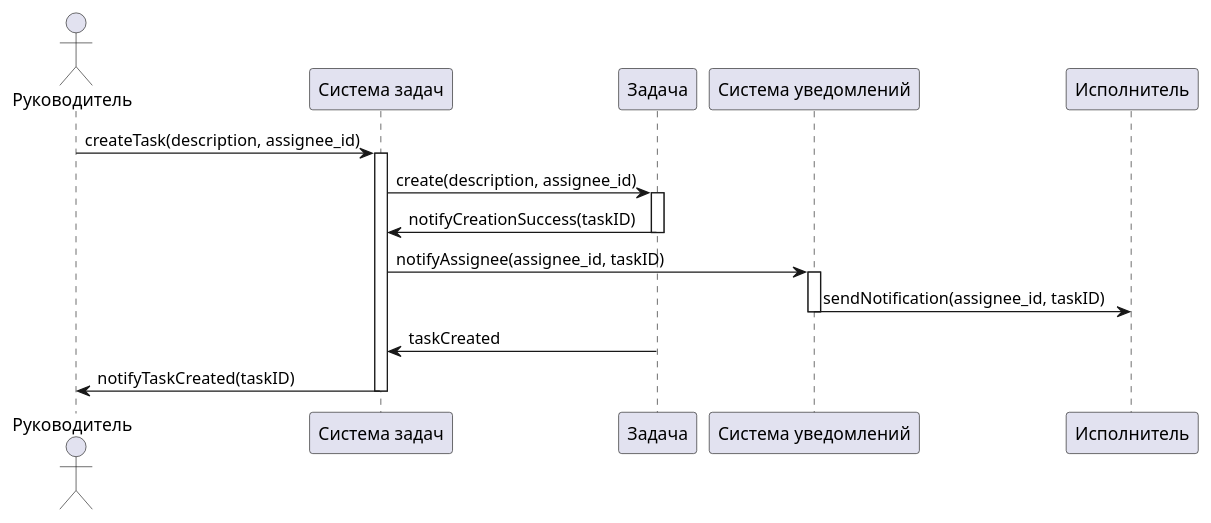
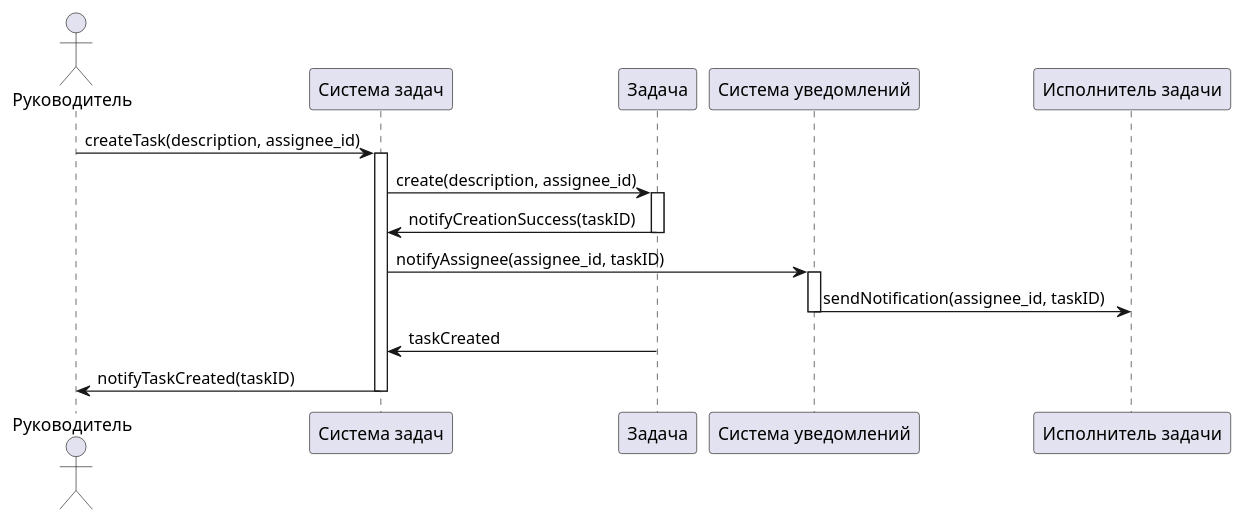
Before and after one commit to penamarth/bsbo-01-22_team5_var7: the diagram in Прецеденты/Создание задания/Диаграмма последовательности Создание задания.md, drawn with PlantUML.

Commit message:
Update Диаграмма последовательности Создание задания.md

````diff
--- a/Прецеденты/Создание задания/Диаграмма последовательности Создание задания.md
+++ b/Прецеденты/Создание задания/Диаграмма последовательности Создание задания.md
@@ -1,22 +1,22 @@
 ```plantuml
 @startuml
 actor "Руководитель" as Manager
 
 Manager -> "Система задач" : createTask(description, assignee_id)
 activate "Система задач"
 "Система задач" -> "Задача" : create(description, assignee_id)
 activate "Задача"
 "Задача" -> "Система задач" : notifyCreationSuccess(taskID)
 deactivate "Задача"
 
 "Система задач" -> "Система уведомлений" : notifyAssignee(assignee_id, taskID)
 activate "Система уведомлений"
-"Система уведомлений" -> "Исполнитель" : sendNotification(assignee_id, taskID)
+"Система уведомлений" -> "Исполнитель задачи" : sendNotification(assignee_id, taskID)
 deactivate "Система уведомлений"
 
 "Система задач" <- "Задача" : taskCreated
 "Система задач" -> Manager : notifyTaskCreated(taskID)
 deactivate "Система задач"
 
 @enduml
 ```
````
